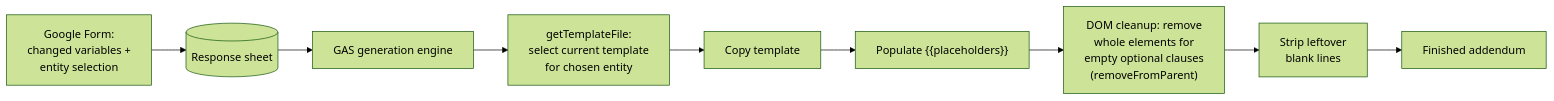
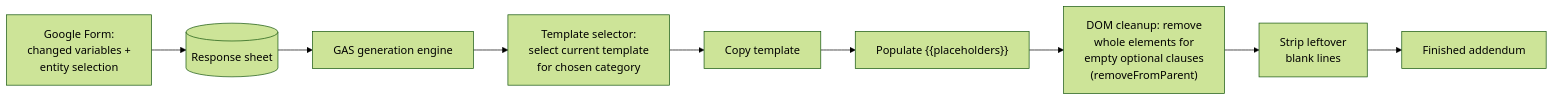
Before and after one commit to MatthiasBusscher/automation-portfolio: the diagram in case-studies/15-contract-generation.md, drawn with Mermaid (forest theme). The commit also changed other lines of this file and 16 other files, not shown here.

````diff
--- a/case-studies/15-contract-generation.md
+++ b/case-studies/15-contract-generation.md
@@ -13,11 +13,11 @@
 ```mermaid
 flowchart LR
     FORM["Google Form:<br/>changed variables +<br/>entity selection"] --> SHEET[("Response sheet")]
     SHEET --> GAS["GAS generation engine"]
-    GAS --> TPL["getTemplateFile:<br/>select current template<br/>for chosen entity"]
+    GAS --> TPL["Template selector:<br/>select current template<br/>for chosen category"]
     TPL --> COPY["Copy template"]
     COPY --> FILL["Populate {{placeholders}}"]
     FILL --> DOM["DOM cleanup: remove<br/>whole elements for<br/>empty optional clauses<br/>(removeFromParent)"]
     DOM --> CLEAN["Strip leftover<br/>blank lines"]
     CLEAN --> OUT["Finished addendum"]
 ```
````
